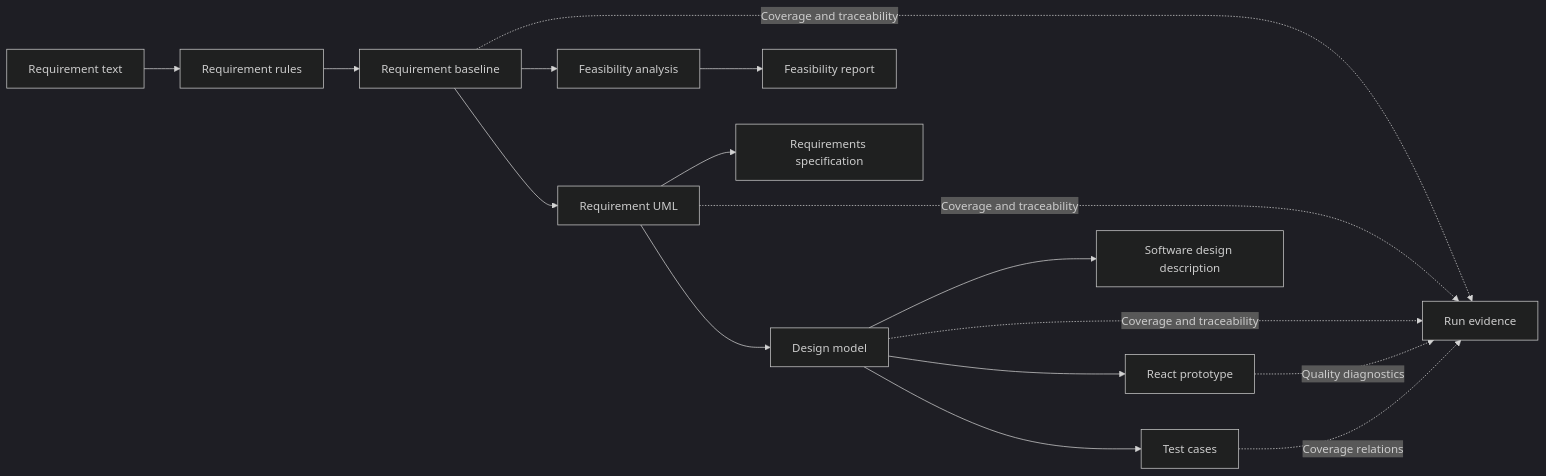
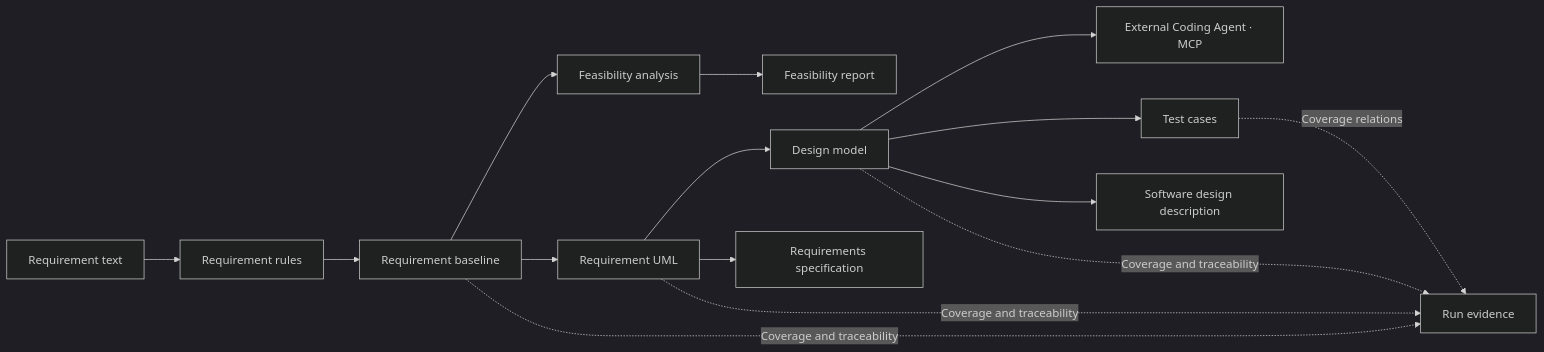
The diagram in README.md (guolola/ai-software-engineering-platform), drawn with Mermaid (dark theme) before and after one commit. The commit also changed other lines of this file and 341 other files, not shown here.

Commit message:
feat: integrate coding agents via MCP and retire prototype generation

````diff
--- a/README.md
+++ b/README.md
@@ -104,18 +105,17 @@
 ```mermaid
 flowchart LR
   A["Requirement text"] --> B["Requirement rules"]
   B --> C["Requirement baseline"]
   C --> D["Feasibility analysis"]
   C --> E["Requirement UML"]
   E --> F["Design model"]
-  F --> G["React prototype"]
+  F --> G["External Coding Agent · MCP"]
   F --> H["Test cases"]
   D --> I["Feasibility report"]
   E --> J["Requirements specification"]
   F --> K["Software design description"]
   C -.Coverage and traceability.-> L["Run evidence"]
   E -.Coverage and traceability.-> L
   F -.Coverage and traceability.-> L
-  G -.Quality diagnostics.-> L
   H -.Coverage relations.-> L
 ```
````
